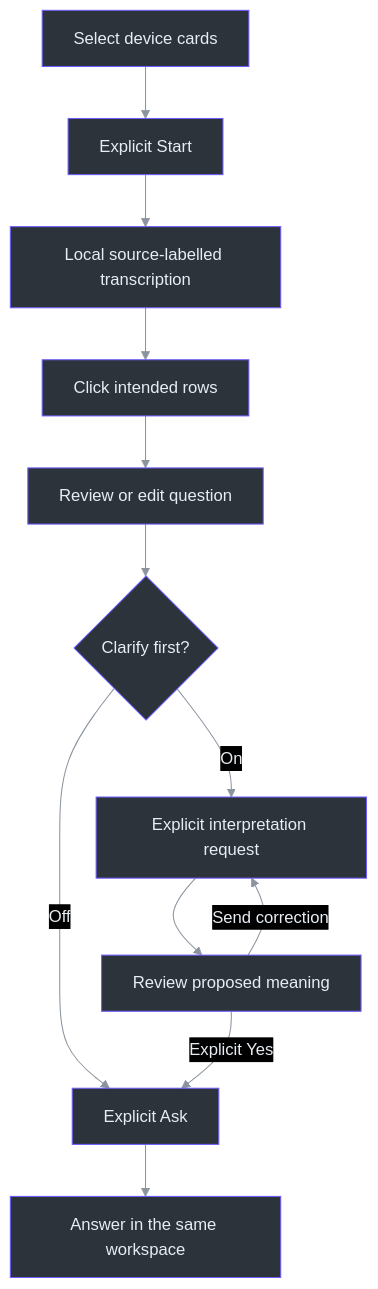
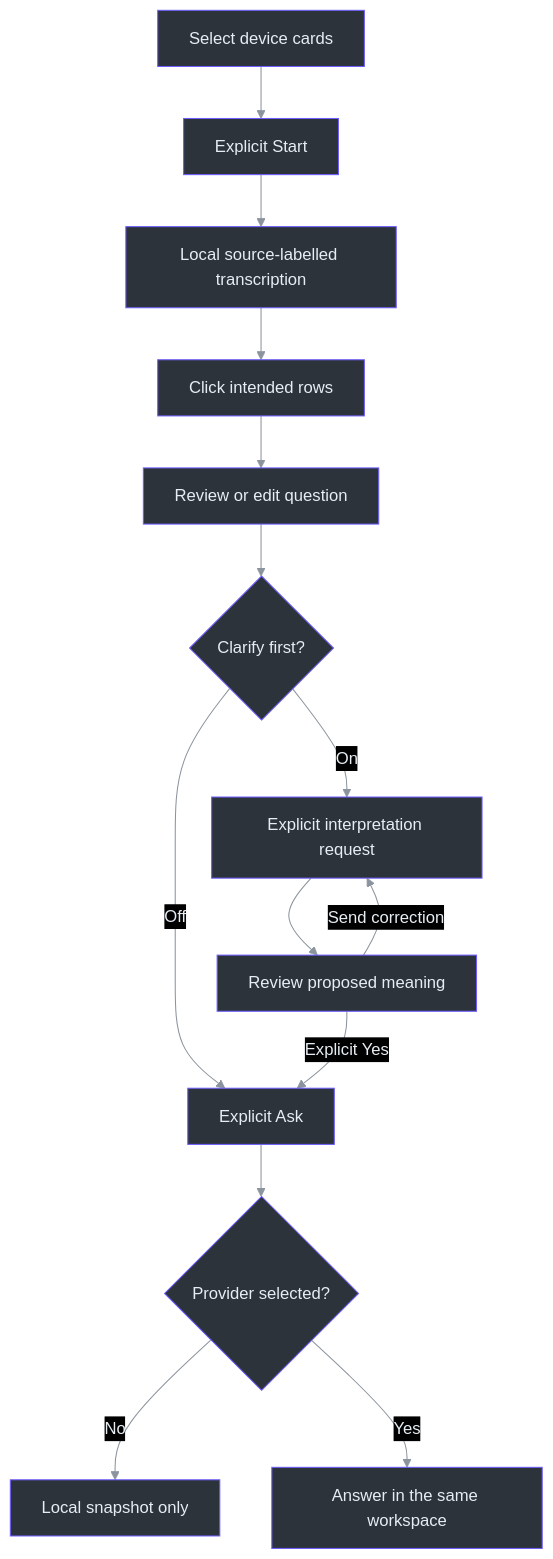
The first of 2 diagrams in docs/CURRENT-WORKFLOW.md (Zanark/phantom-fudge), drawn with Mermaid before and after one commit. The commit also changed other lines of this file and 88 other files, not shown here.

````diff
--- a/docs/CURRENT-WORKFLOW.md
+++ b/docs/CURRENT-WORKFLOW.md
@@ -26,29 +29,33 @@
 ```mermaid
 ---
 config: {"theme":"base","themeVariables":{"darkMode":true,"primaryColor":"#2d333b","primaryBorderColor":"#6d5dfc","primaryTextColor":"#e6edf3","lineColor":"#8b949e","textColor":"#e6edf3"}}
 ---
 flowchart TB
     accTitle: Current question workflow
     accDescr: Device selection, capture, question composition and provider requests are separate deliberate actions. Clarification is optional and never auto-confirms.
     Cards["Select device cards"] --> Start["Explicit Start"]
     Start --> Transcript["Local source-labelled transcription"]
     Transcript --> Select["Click intended rows"]
     Select --> Draft["Review or edit question"]
     Draft --> Mode{"Clarify first?"}
     Mode -->|Off| Ask["Explicit Ask"]
     Mode -->|On| Interpret["Explicit interpretation request"]
     Interpret --> Review["Review proposed meaning"]
     Review -->|Send correction| Interpret
     Review -->|Explicit Yes| Ask
-    Ask --> Answer["Answer in the same workspace"]
+    Ask --> Destination{"Provider selected?"}
+    Destination -->|No| Frozen["Local snapshot only"]
+    Destination -->|Yes| Answer["Answer in the same workspace"]
     style Cards fill:#2d333b,stroke:#6d5dfc,color:#e6edf3
     style Start fill:#2d333b,stroke:#6d5dfc,color:#e6edf3
     style Transcript fill:#2d333b,stroke:#6d5dfc,color:#e6edf3
     style Select fill:#2d333b,stroke:#6d5dfc,color:#e6edf3
     style Draft fill:#2d333b,stroke:#6d5dfc,color:#e6edf3
     style Mode fill:#2d333b,stroke:#6d5dfc,color:#e6edf3
     style Ask fill:#2d333b,stroke:#6d5dfc,color:#e6edf3
     style Interpret fill:#2d333b,stroke:#6d5dfc,color:#e6edf3
     style Review fill:#2d333b,stroke:#6d5dfc,color:#e6edf3
     style Answer fill:#2d333b,stroke:#6d5dfc,color:#e6edf3
+    style Destination fill:#2d333b,stroke:#6d5dfc,color:#e6edf3
+    style Frozen fill:#2d333b,stroke:#6d5dfc,color:#e6edf3
 ```
````
